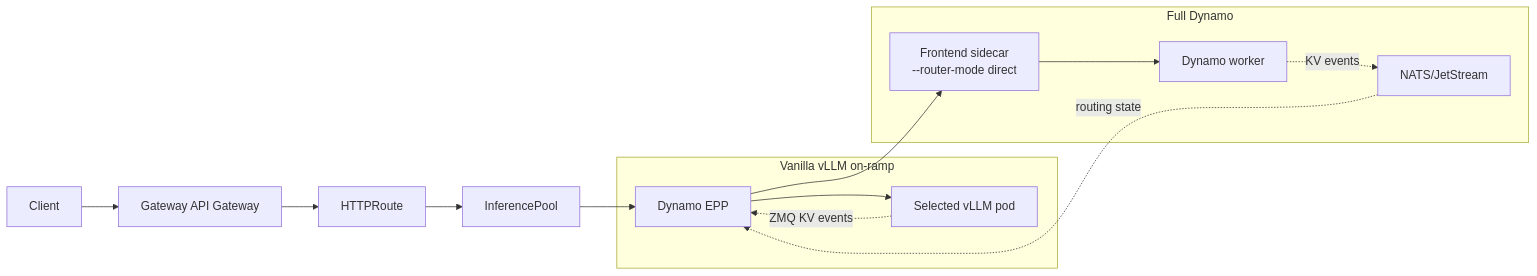
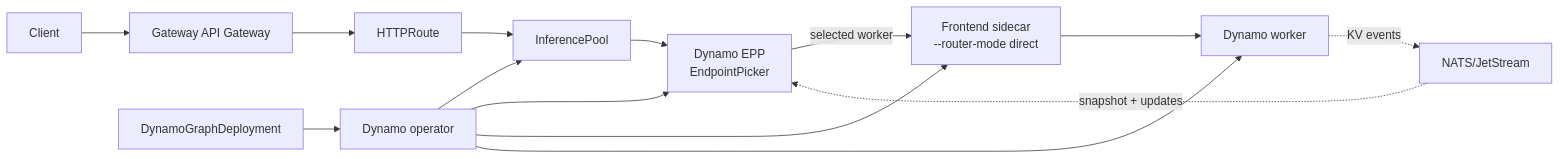
Before and after one commit to ai-dynamo/dynamo: the second of 3 diagrams in docs/kubernetes/gateway-api/README.mdx, drawn with Mermaid. The commit also changed other lines of this file, not shown here.

````diff
--- a/docs/kubernetes/gateway-api/README.mdx
+++ b/docs/kubernetes/gateway-api/README.mdx
@@ -46,19 +64,17 @@
 ```mermaid
 flowchart LR
     Client["Client"] --> Gateway["Gateway API Gateway"]
     Gateway --> Route["HTTPRoute"]
     Route --> Pool["InferencePool"]
-    Pool --> EPP["Dynamo EPP"]
+    Pool --> EPP["Dynamo EPP<br/>EndpointPicker"]
+    EPP -->|"selected worker"| Sidecar["Frontend sidecar<br/>--router-mode direct"]
+    Sidecar --> Worker["Dynamo worker"]
+    Worker -. "KV events" .-> EventPlane["NATS/JetStream"]
+    EventPlane -. "snapshot + updates" .-> EPP
 
-    subgraph OnRamp["Vanilla vLLM on-ramp"]
-      EPP --> VLLM["Selected vLLM pod"]
-      VLLM -. "ZMQ KV events" .-> EPP
-    end
-
-    subgraph Full["Full Dynamo"]
-      EPP --> Sidecar["Frontend sidecar<br/>--router-mode direct"]
-      Sidecar --> Worker["Dynamo worker"]
-      Worker -. "KV events" .-> EventPlane["NATS/JetStream"]
-      EventPlane -. "routing state" .-> EPP
-    end
+    DGD["DynamoGraphDeployment"] --> Operator["Dynamo operator"]
+    Operator --> Pool
+    Operator --> EPP
+    Operator --> Sidecar
+    Operator --> Worker
 ```
````
